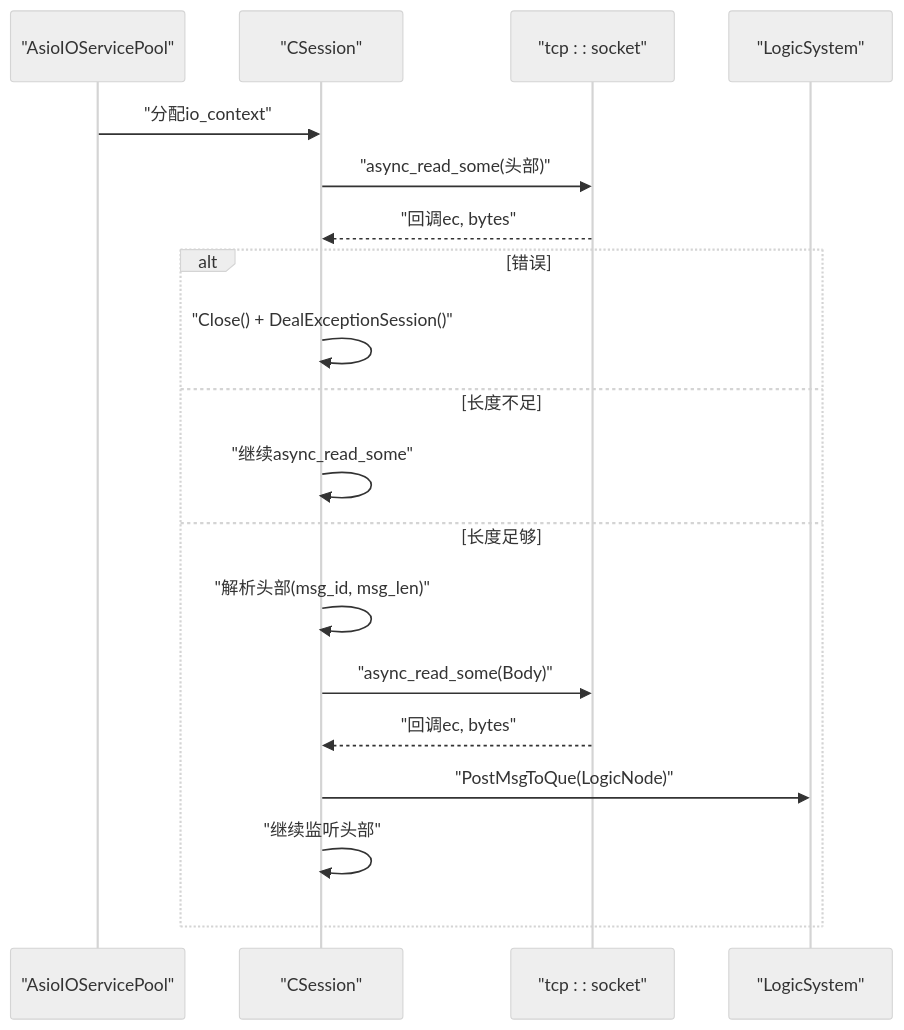
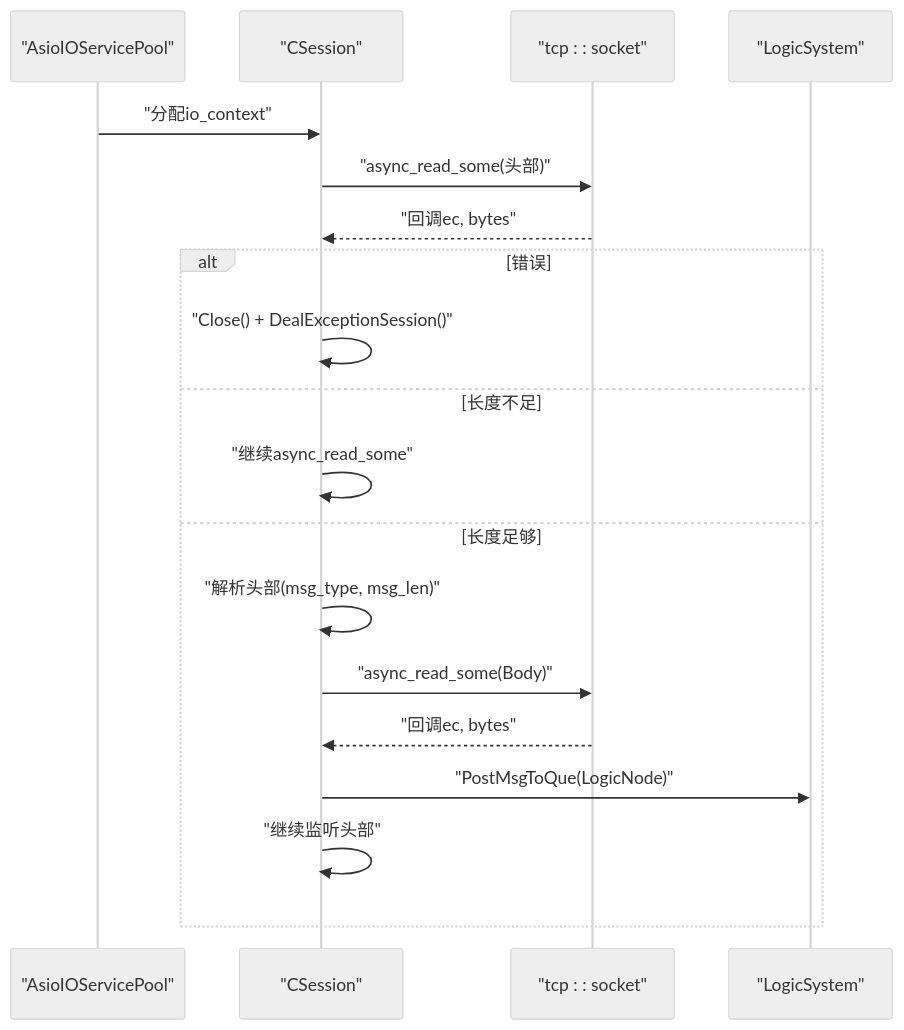
The sixth of 7 diagrams in .qoder/repowiki/zh/content/服务端开发/ChatServer聊天核心服务/会话管理/会话管理.md (echo9923/mychatter), drawn with Mermaid (neutral theme) before and after one commit. The commit also changed other lines of this file and 128 other files, not shown here.

First line of the commit message:
refactor(protocol): TCP 帧头消息类型 msg_id 全局改名为 msg_type

````diff
--- a/.qoder/repowiki/zh/content/服务端开发/ChatServer聊天核心服务/会话管理/会话管理.md
+++ b/.qoder/repowiki/zh/content/服务端开发/ChatServer聊天核心服务/会话管理/会话管理.md
@@ -317,21 +317,21 @@
 ```mermaid
 sequenceDiagram
 participant IO as "AsioIOServicePool"
 participant Session as "CSession"
 participant Socket as "tcp : : socket"
 participant Logic as "LogicSystem"
 IO->>Session : "分配io_context"
 Session->>Socket : "async_read_some(头部)"
 Socket-->>Session : "回调ec, bytes"
 alt 错误
 Session->>Session : "Close() + DealExceptionSession()"
 else 长度不足
 Session->>Session : "继续async_read_some"
 else 长度足够
-Session->>Session : "解析头部(msg_id, msg_len)"
+Session->>Session : "解析头部(msg_type, msg_len)"
 Session->>Socket : "async_read_some(Body)"
 Socket-->>Session : "回调ec, bytes"
 Session->>Logic : "PostMsgToQue(LogicNode)"
 Session->>Session : "继续监听头部"
 end
 ```
````
